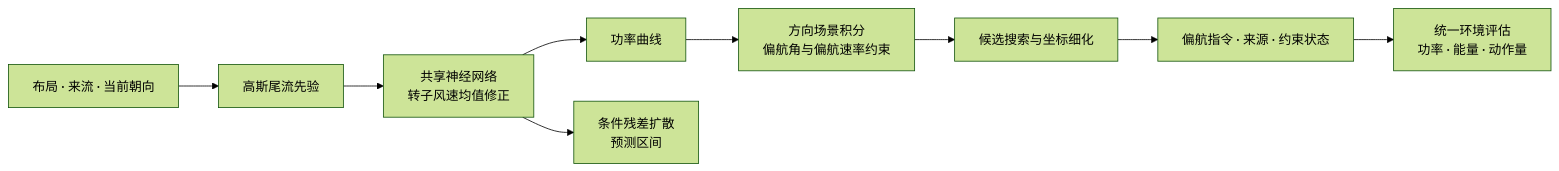
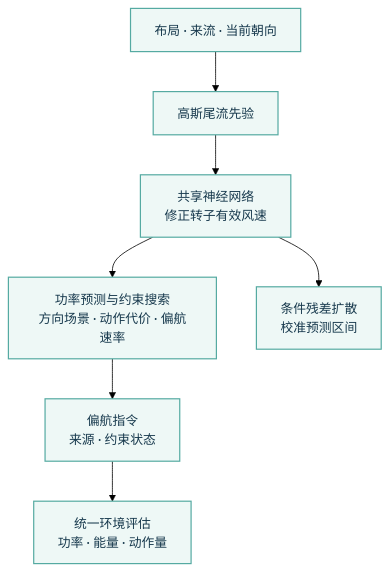
Before and after one commit to rainbowyuyu/PhysCast-Yaw: the diagram in README.md, drawn with Mermaid (forest theme). The commit also changed 1 other file, not shown here.

Commit message:
docs: improve readability of architecture diagrams

````diff
--- a/README.md
+++ b/README.md
@@ -37,11 +37,10 @@
 ```mermaid
-flowchart LR
-    A[布局 · 来流 · 当前朝向] --> B[高斯尾流先验]
-    B --> C[共享神经网络\n转子风速均值修正]
-    C --> D[功率曲线]
-    C --> E[条件残差扩散\n预测区间]
-    D --> F[方向场景积分\n偏航角与偏航速率约束]
-    F --> G[候选搜索与坐标细化]
-    G --> H[偏航指令 · 来源 · 约束状态]
-    H --> I[统一环境评估\n功率 · 能量 · 动作量]
+flowchart TB
+    A["布局 · 来流 · 当前朝向"] --> B["高斯尾流先验"]
+    B --> C["共享神经网络<br/>修正转子有效风速"]
+    C --> D["功率预测与约束搜索<br/>方向场景 · 动作代价 · 偏航速率"]
+    C --> E["条件残差扩散<br/>校准预测区间"]
+    D --> F["偏航指令<br/>来源 · 约束状态"]
+    F --> G["统一环境评估<br/>功率 · 能量 · 动作量"]
+    classDef default fill:#eef8f6,stroke:#55aaa2,color:#17394d,stroke-width:1.5px
 ```
````
